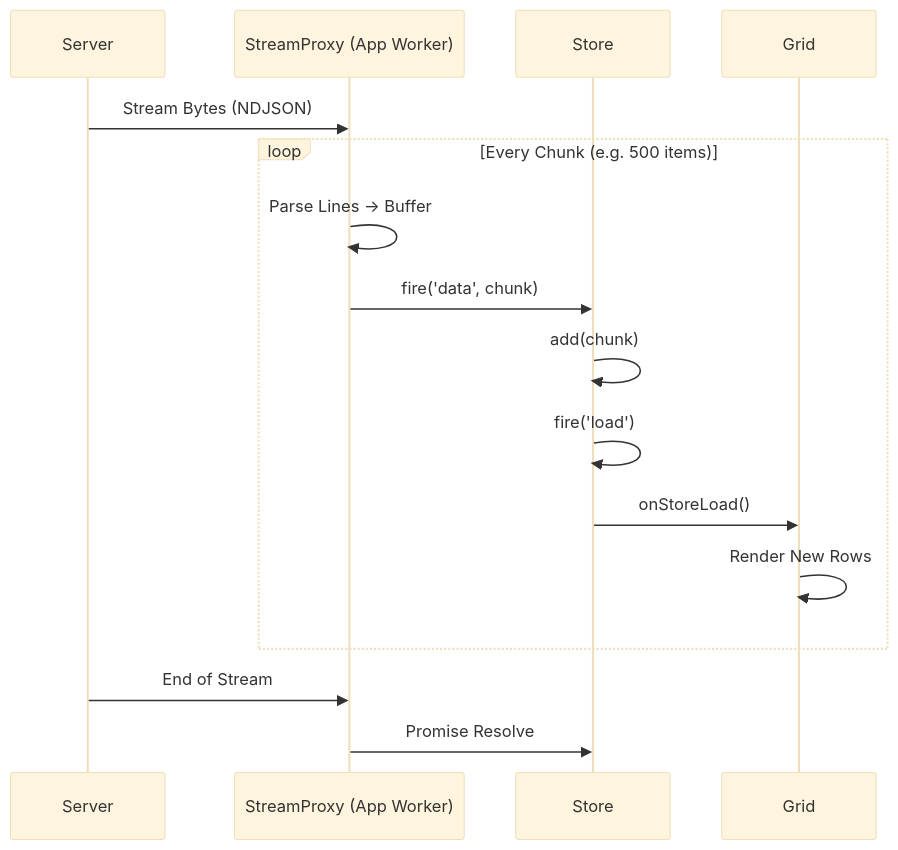
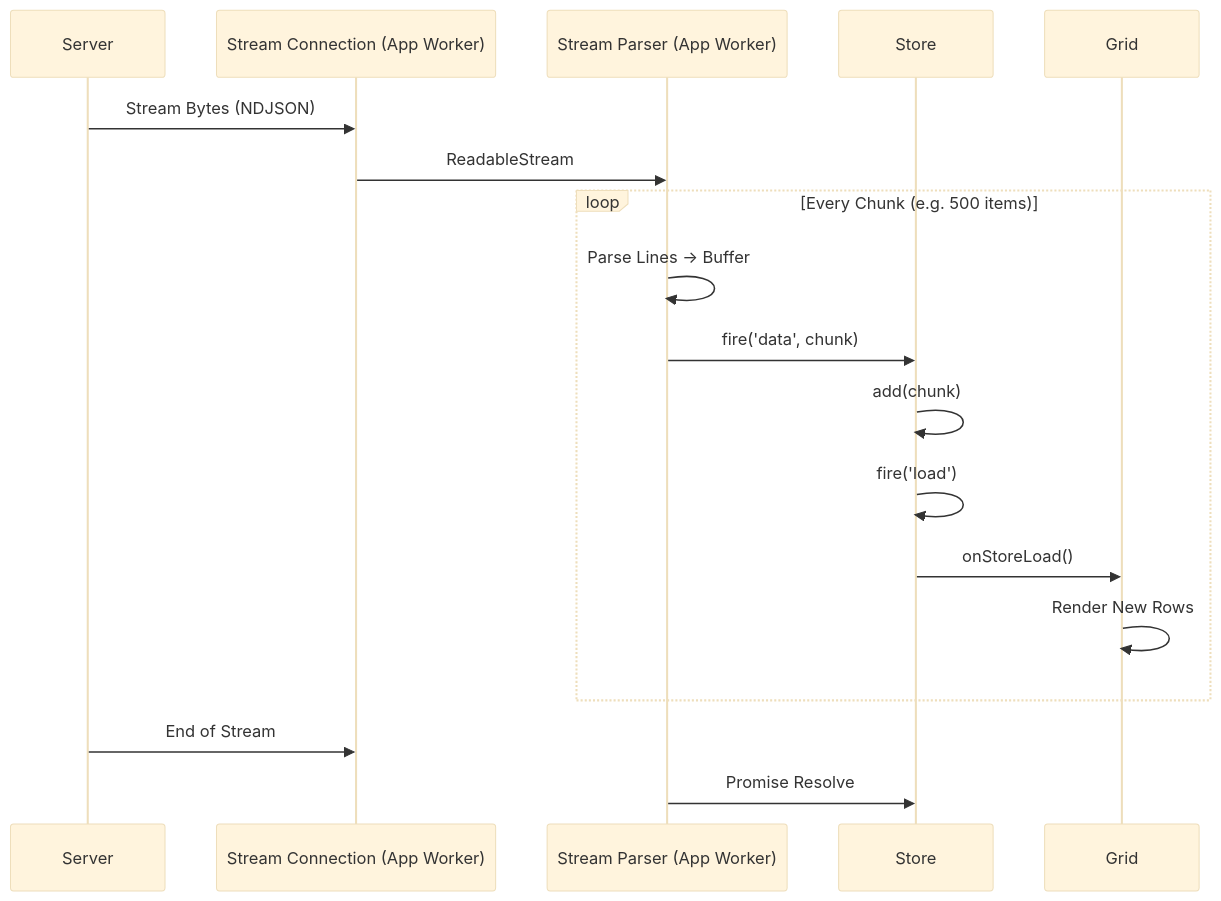
The diagram in learn/guides/datahandling/Streaming.md (neomjs/neo), drawn with Mermaid (base theme) before and after one commit. The commit also changed other lines of this file and 8 other files, not shown here.

````diff
--- a/learn/guides/datahandling/Streaming.md
+++ b/learn/guides/datahandling/Streaming.md
@@ -23,19 +23,21 @@
 ```mermaid
 sequenceDiagram
     participant S as Server
-    participant P as StreamProxy (App Worker)
+    participant C as Stream Connection (App Worker)
+    participant P as Stream Parser (App Worker)
     participant St as Store
     participant G as Grid
 
-    S->>P: Stream Bytes (NDJSON)
+    S->>C: Stream Bytes (NDJSON)
+    C->>P: ReadableStream
     loop Every Chunk (e.g. 500 items)
         P->>P: Parse Lines -> Buffer
         P->>St: fire('data', chunk)
         St->>St: add(chunk)
         St->>St: fire('load')
         St->>G: onStoreLoad()
         G->>G: Render New Rows
     end
-    S->>P: End of Stream
+    S->>C: End of Stream
     P->>St: Promise Resolve
 ```
````
